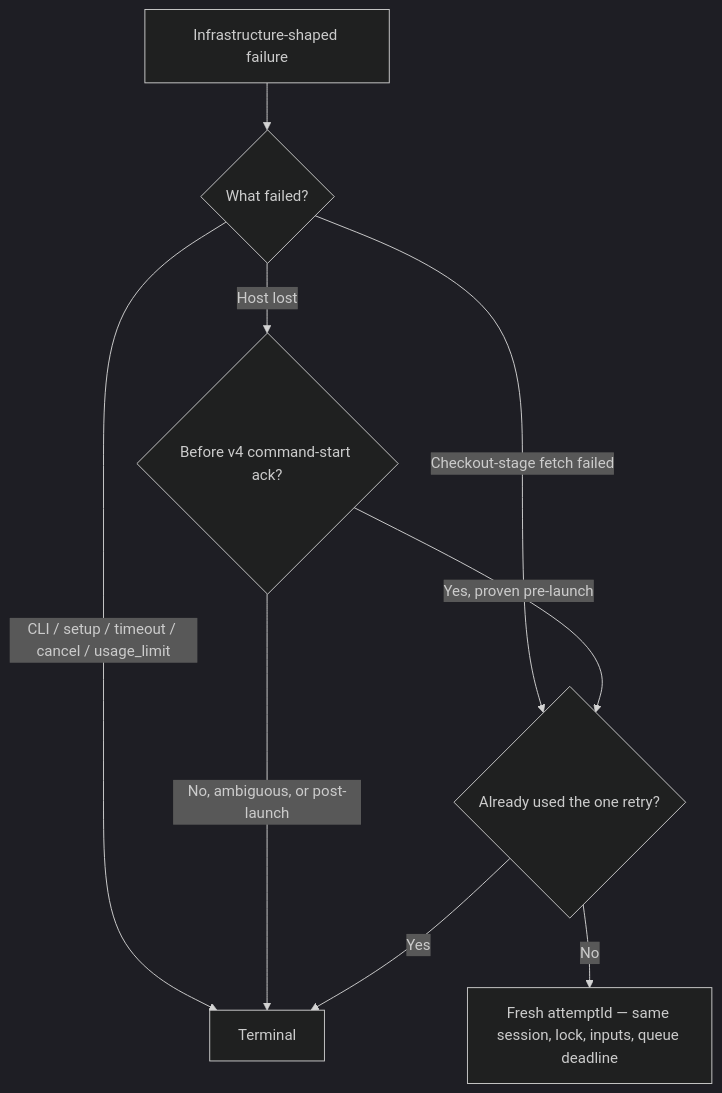
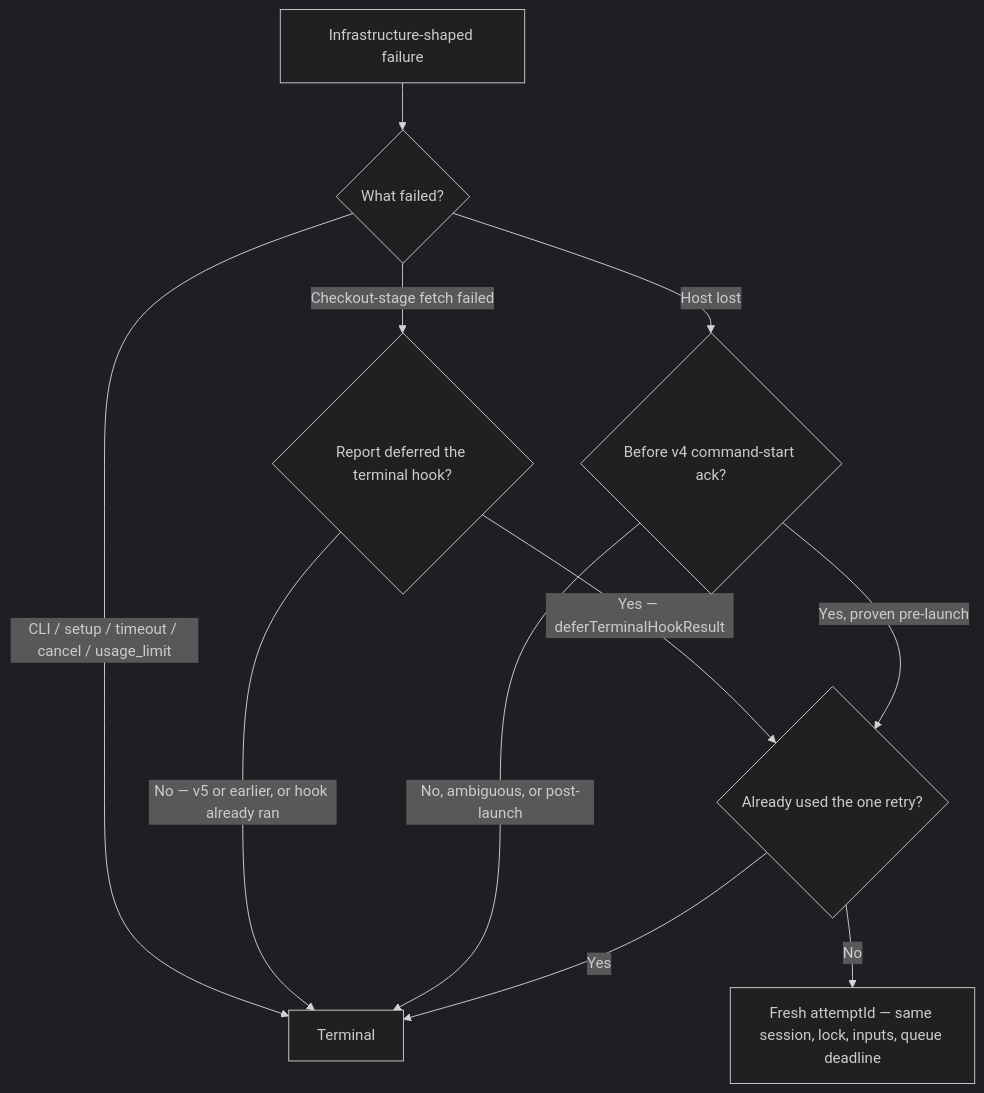
The second of 2 diagrams in docs/architecture/assignment.md (jonathanong/auto-harness), drawn with Mermaid (dark theme) before and after one commit. The commit also changed other lines of this file and 1 other file, not shown here.

````diff
--- a/docs/architecture/assignment.md
+++ b/docs/architecture/assignment.md
@@ -82,11 +82,13 @@
 ```mermaid
 flowchart TD
     Fail[Infrastructure-shaped failure] --> Kind{What failed?}
     Kind -->|CLI / setup / timeout / cancel / usage_limit| Term[Terminal]
-    Kind -->|Checkout-stage fetch failed| First{Already used the one retry?}
+    Kind -->|Checkout-stage fetch failed| Hook{Report deferred the terminal hook?}
     Kind -->|Host lost| When{Before v4 command-start ack?}
+    Hook -->|No — v5 or earlier, or hook already ran| Term
+    Hook -->|Yes — deferTerminalHookResult| First{Already used the one retry?}
     When -->|No, ambiguous, or post-launch| Term
     When -->|Yes, proven pre-launch| First
     First -->|Yes| Term
     First -->|No| Retry["Fresh attemptId — same session, lock, inputs, queue deadline"]
 ```
````
